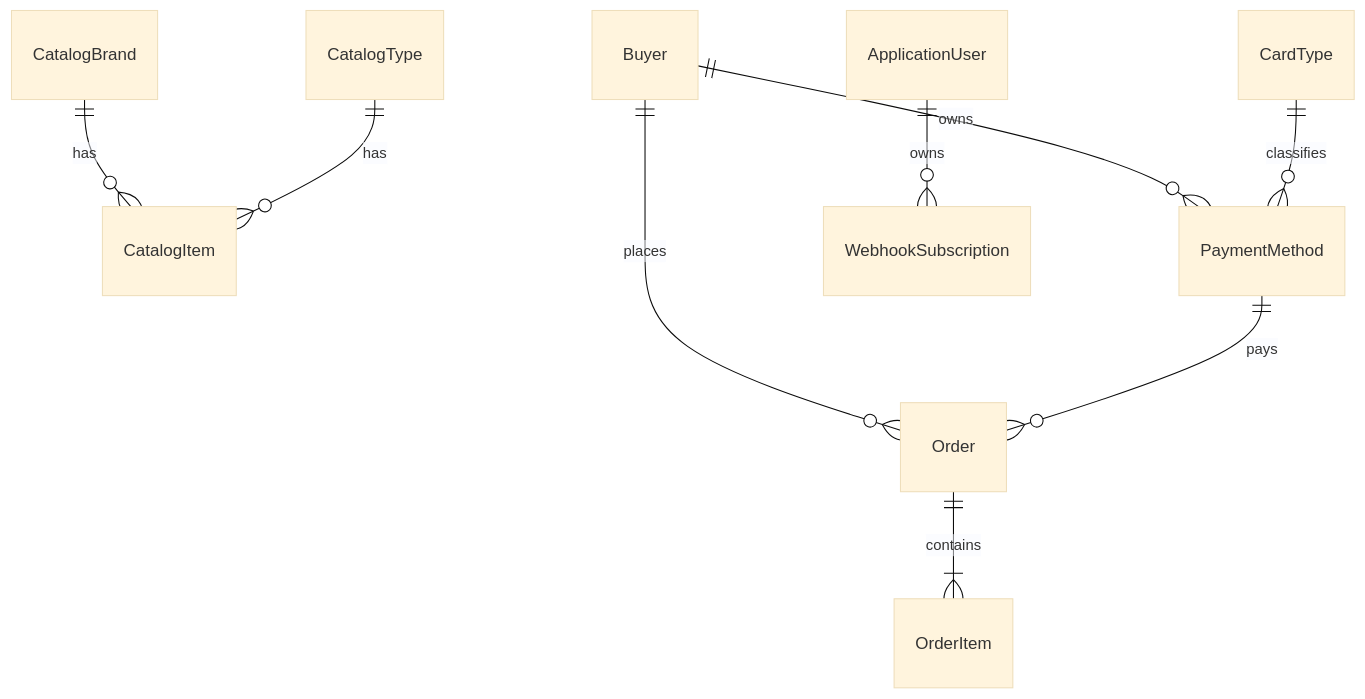
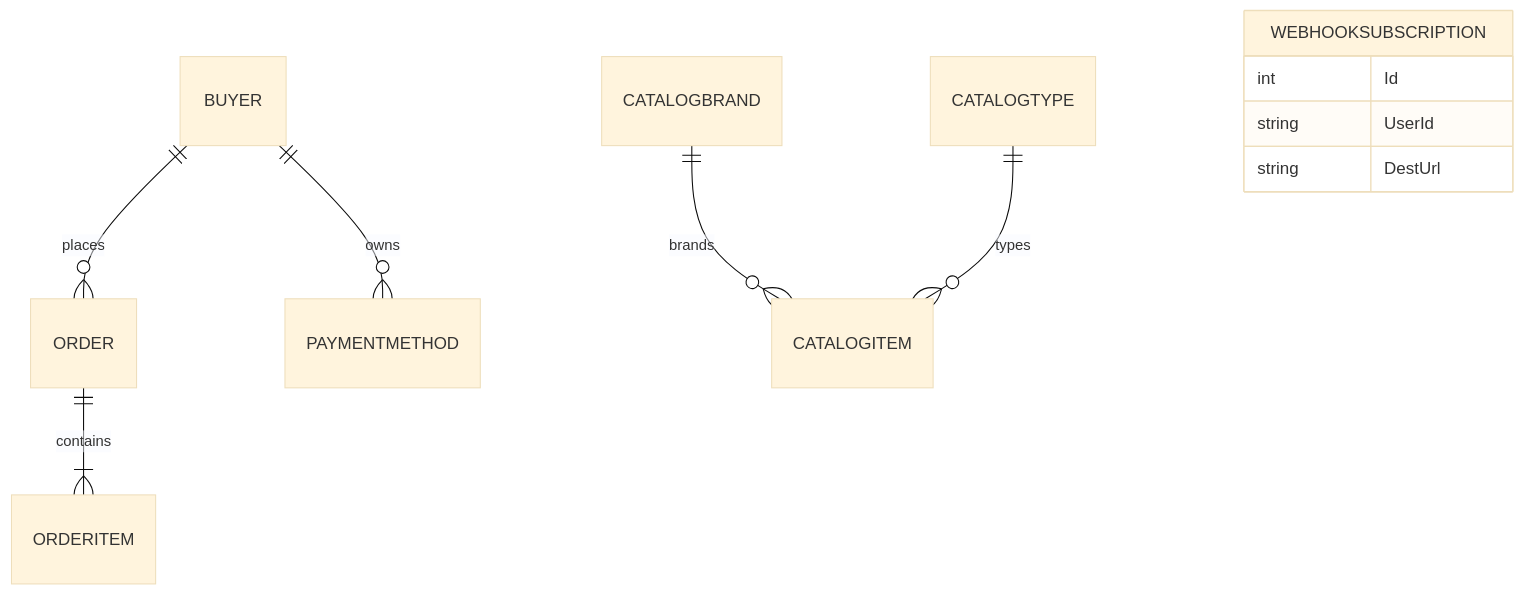
One commit to HeWhoRoams/AppDoc changed the fourth of 5 diagrams in examples/current/eShop/application-documentation.md. Above: the diagram before and after it, drawn with Mermaid (base theme). The commit also changed other lines of this file and 64 other files, not shown here.

````diff
--- a/examples/current/eShop/application-documentation.md
+++ b/examples/current/eShop/application-documentation.md
@@ -733,11 +623,13 @@
 ```mermaid
 erDiagram
-  CatalogBrand ||--o{ CatalogItem : has
-  CatalogType ||--o{ CatalogItem : has
-  Buyer ||--o{ Order : places
-  Buyer ||--o{ PaymentMethod : owns
-  CardType ||--o{ PaymentMethod : classifies
-  PaymentMethod ||--o{ Order : pays
-  Order ||--|{ OrderItem : contains
-  ApplicationUser ||--o{ WebhookSubscription : owns
+  ORDER ||--|{ ORDERITEM : contains
+  BUYER ||--o{ ORDER : places
+  BUYER ||--o{ PAYMENTMETHOD : owns
+  CATALOGBRAND ||--o{ CATALOGITEM : brands
+  CATALOGTYPE ||--o{ CATALOGITEM : types
+  WEBHOOKSUBSCRIPTION {
+    int Id
+    string UserId
+    string DestUrl
+  }
 ```
````
